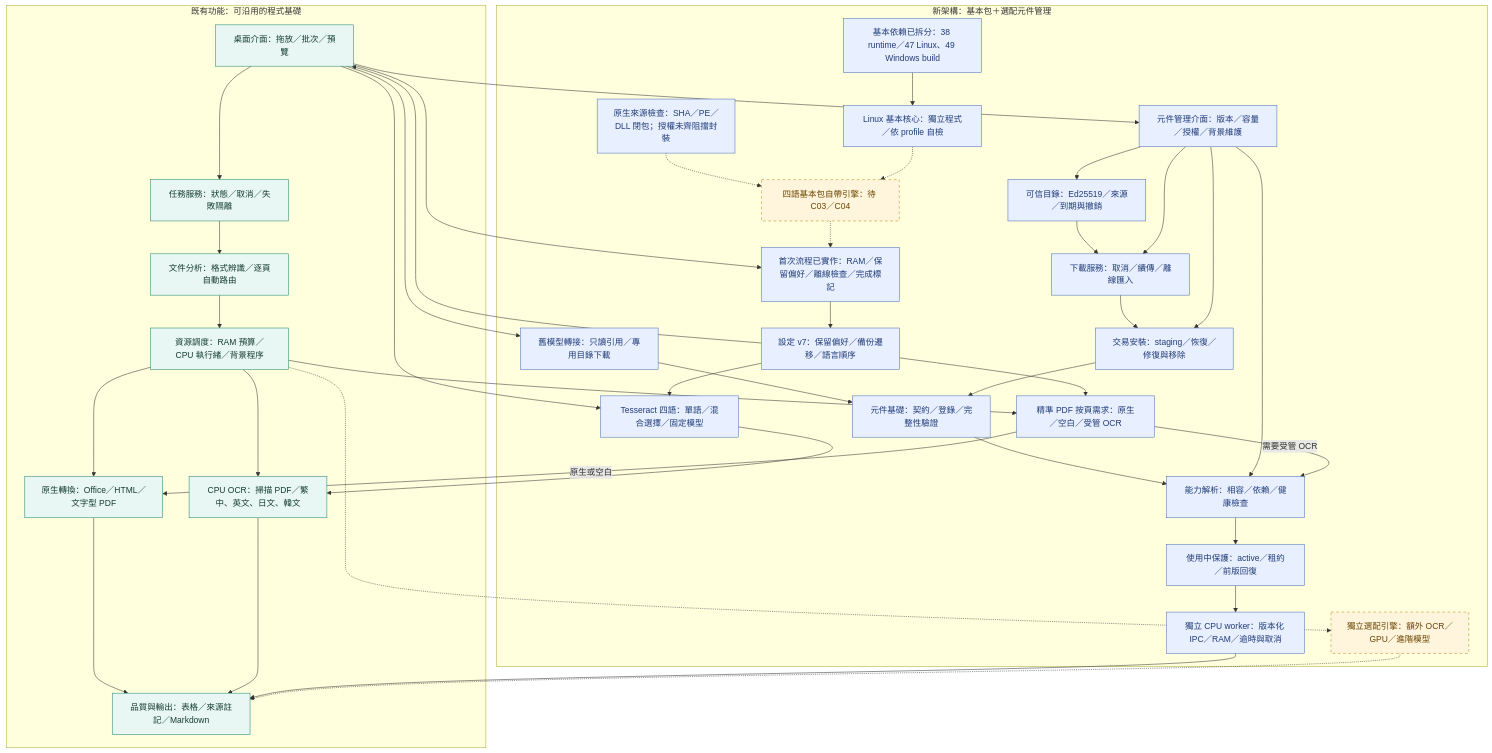
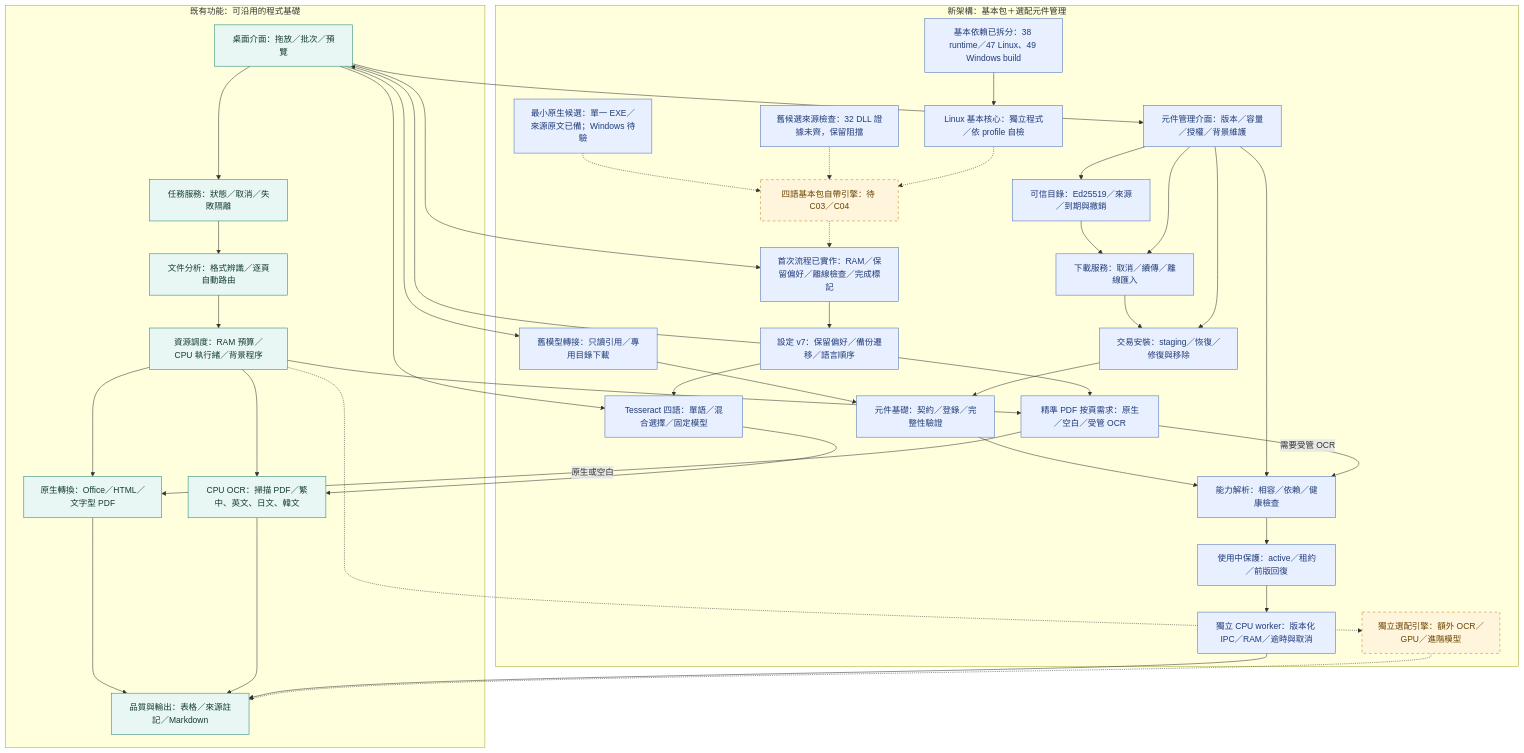
Before and after one commit to ChouTa-chuan/MarkItDown-exe: the diagram in README.md, drawn with Mermaid. The commit also changed other lines of this file and 190 other files, not shown here.

````diff
--- a/README.md
+++ b/README.md
@@ -21,64 +21,66 @@
 ```mermaid
 flowchart TD
     subgraph Existing["既有功能：可沿用的程式基礎"]
         UI["桌面介面：拖放／批次／預覽"] --> APP["任務服務：狀態／取消／失敗隔離"]
         APP --> PLAN["文件分析：格式辨識／逐頁自動路由"]
         PLAN --> RES["資源調度：RAM 預算／CPU 執行緒／背景程序"]
         RES --> NATIVE["原生轉換：Office／HTML／文字型 PDF"]
         RES --> OCR["CPU OCR：掃描 PDF／繁中、英文、日文、韓文"]
         NATIVE --> QUALITY["品質與輸出：表格／來源註記／Markdown"]
         OCR --> QUALITY
     end
     subgraph Planned["新架構：基本包＋選配元件管理"]
         COMPONENTUI["元件管理介面：版本／容量／授權／背景維護"]
         FIRST["四語基本包自帶引擎：待 C03／C04"]
         PROFILE["基本依賴已拆分：38 runtime／47 Linux、49 Windows build"]
         PROFILEBUILD["Linux 基本核心：獨立程式／依 profile 自檢"]
         FIRSTFLOW["首次流程已實作：RAM／保留偏好／離線檢查／完成標記"]
         COMPONENTS["元件基礎：契約／登錄／完整性驗證"]
         CAPABILITY["能力解析：相容／依賴／健康檢查"]
-        NATIVEASSETS["原生來源檢查：SHA／PE／DLL 閉包；授權未齊阻擋封裝"]
+        NATIVEASSETS["舊候選來源檢查：32 DLL 證據未齊，保留阻擋"]
+        MINIMALBUILD["最小原生候選：單一 EXE／來源原文已備；Windows 待驗"]
         LANGUAGES["Tesseract 四語：單語／混合選擇／固定模型"]
         ROUTE["精準 PDF 按頁需求：原生／空白／受管 OCR"]
         CPUWORKER["獨立 CPU worker：版本化 IPC／RAM／逾時與取消"]
         OPTIONAL["獨立選配引擎：額外 OCR／GPU／進階模型"]
         COMPONENTS --> CAPABILITY
         LEGACY["舊模型轉接：只讀引用／專用目錄下載"]
         PREFS["設定 v7：保留偏好／備份遷移／語言順序"]
         LEGACY --> COMPONENTS
         CATALOG["可信目錄：Ed25519／來源／到期與撤銷"] --> DOWNLOAD["下載服務：取消／續傳／離線匯入"]
         DOWNLOAD --> INSTALL["交易安裝：staging／恢復／修復與移除"]
         INSTALL --> COMPONENTS
         CAPABILITY --> LEASE["使用中保護：active／租約／前版回復"]
     end
     UI --> LANGUAGES
     LANGUAGES --> OCR
     PREFS --> LANGUAGES
     UI --> COMPONENTUI
     COMPONENTUI --> INSTALL
     COMPONENTUI --> CATALOG
     COMPONENTUI --> CAPABILITY
     LEASE --> CPUWORKER
     CPUWORKER --> QUALITY
     RES --> ROUTE
     ROUTE -->|需要受管 OCR| CAPABILITY
     ROUTE -->|原生或空白| NATIVE
     COMPONENTUI --> DOWNLOAD
     UI --> LEGACY
     PREFS --> UI
     UI --> FIRSTFLOW
     FIRSTFLOW --> PREFS
     PROFILE --> PROFILEBUILD
+    MINIMALBUILD -.-> FIRST
     NATIVEASSETS -.-> FIRST
     PROFILEBUILD -.-> FIRST
     FIRST -.-> FIRSTFLOW
     PREFS --> ROUTE
     RES -.-> OPTIONAL
     OPTIONAL -.-> QUALITY
     classDef existing fill:#e8f7f3,stroke:#21856d,color:#153c31;
     classDef foundation fill:#e8efff,stroke:#4c6fb8,color:#203c77;
-    class COMPONENTS,CAPABILITY,LEGACY,PREFS,CATALOG,DOWNLOAD,INSTALL,LEASE,CPUWORKER,COMPONENTUI,FIRSTFLOW,ROUTE,PROFILE,PROFILEBUILD,LANGUAGES,NATIVEASSETS foundation;
+    class COMPONENTS,CAPABILITY,LEGACY,PREFS,CATALOG,DOWNLOAD,INSTALL,LEASE,CPUWORKER,COMPONENTUI,FIRSTFLOW,ROUTE,PROFILE,PROFILEBUILD,LANGUAGES,NATIVEASSETS,MINIMALBUILD foundation;
     classDef planned fill:#fff4dc,stroke:#be8519,color:#694500,stroke-dasharray:5 5;
     class UI,APP,PLAN,RES,NATIVE,OCR,QUALITY existing;
     class FIRST,OPTIONAL planned;
 ```
````
